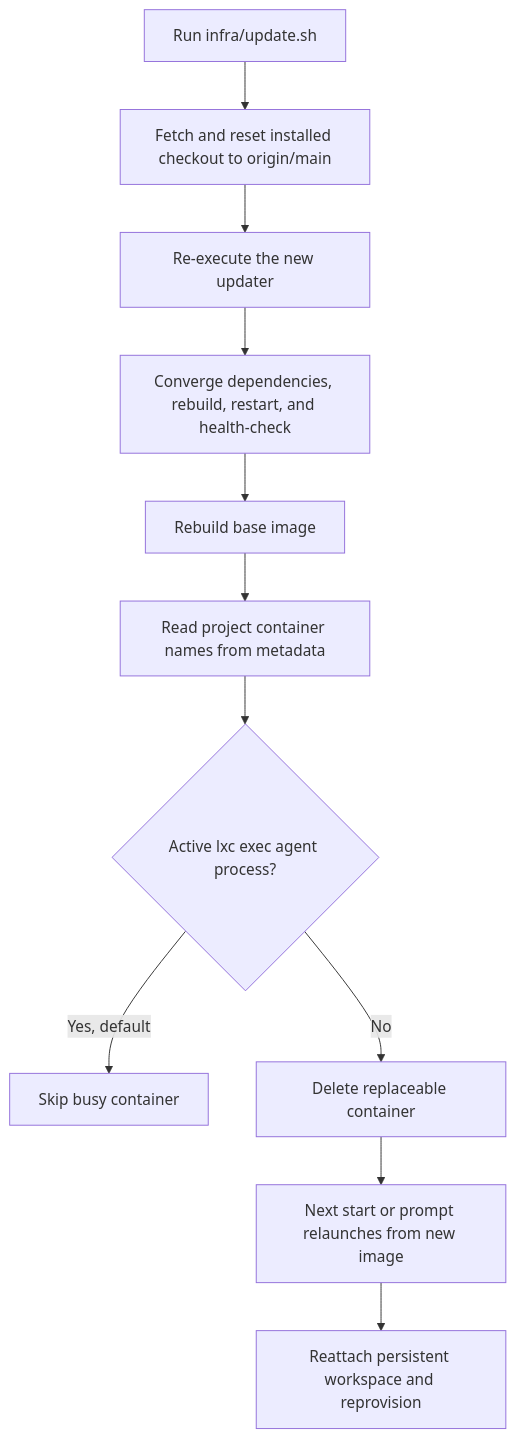
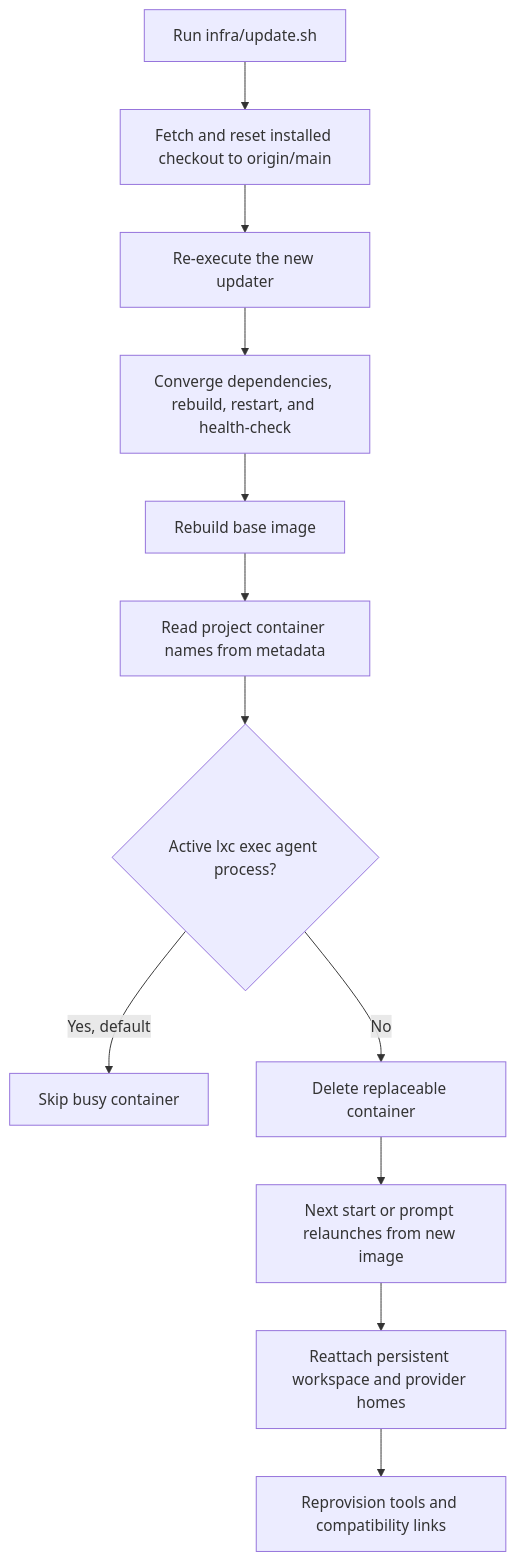
The fifth of 6 diagrams in docs/04-operations/09-deployment-and-operations.md (AbdallahMohamedDotnet/remote.futrx), drawn with Mermaid before and after one commit. The commit also changed other lines of this file and 100 other files, not shown here.

````diff
--- a/docs/04-operations/09-deployment-and-operations.md
+++ b/docs/04-operations/09-deployment-and-operations.md
@@ -93,13 +93,14 @@
 ```mermaid
 flowchart TD
     Update["Run infra/update.sh"] --> Pull["Fetch and reset installed checkout to origin/main"]
     Pull --> Reexec["Re-execute the new updater"]
     Reexec --> Install["Converge dependencies, rebuild, restart, and health-check"]
     Install --> Rebuild["Rebuild base image"]
     Rebuild --> Scan["Read project container names from metadata"]
     Scan --> Busy{"Active lxc exec agent process?"}
     Busy -->|"Yes, default"| Skip["Skip busy container"]
     Busy -->|"No"| Delete["Delete replaceable container"]
     Delete --> Relaunch["Next start or prompt relaunches from new image"]
-    Relaunch --> Mount["Reattach persistent workspace and reprovision"]
+    Relaunch --> Mount["Reattach persistent workspace and provider homes"]
+    Mount --> Provision["Reprovision tools and compatibility links"]
 ```
````
